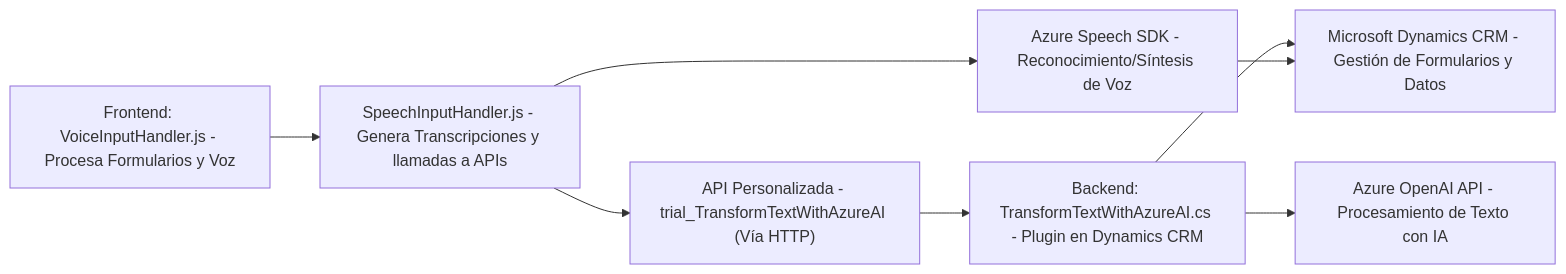
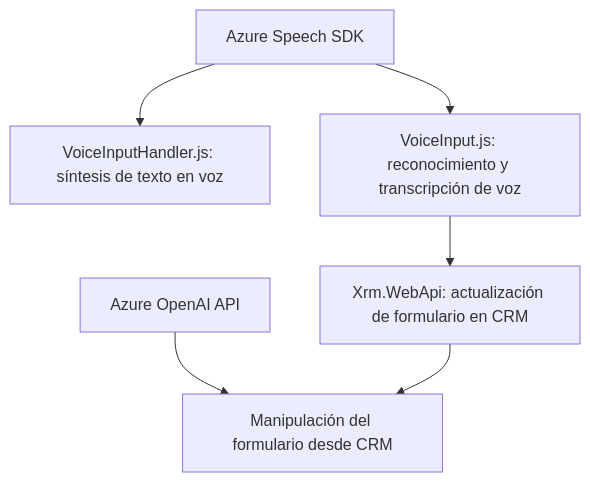
One commit to blopezdm/NETCORE_BILBAO2025 changed the diagram in README.md. Above: the diagram before and after it, drawn with Mermaid. The commit also changed other lines of this file, not shown here.

Commit message:
Actualizar análisis global de la solución con IA

````diff
--- a/README.md
+++ b/README.md
@@ -38,10 +38,8 @@
 ```mermaid
-graph LR
-A["Frontend: VoiceInputHandler.js - Procesa Formularios y Voz"] --> B["SpeechInputHandler.js - Genera Transcripciones y llamadas a APIs"]
-B --> C["Azure Speech SDK - Reconocimiento/Síntesis de Voz"]
-B --> D["API Personalizada - trial_TransformTextWithAzureAI (Vía HTTP)"]
-D --> E["Backend: TransformTextWithAzureAI.cs - Plugin en Dynamics CRM"]
-E --> F["Azure OpenAI API - Procesamiento de Texto con IA"]
-E --> G["Microsoft Dynamics CRM - Gestión de Formularios y Datos"]
-C --> G
+graph TD
+    A["Azure Speech SDK"] --> B["VoiceInputHandler.js: síntesis de texto en voz"]
+    A --> C["VoiceInput.js: reconocimiento y transcripción de voz"]
+    C --> D["Xrm.WebApi: actualización de formulario en CRM"]
+    E["Azure OpenAI API"] --> F["TransformTextWithAzureAI.cs: transformación avanzada de texto"]
+    D --> F["Manipulación del formulario desde CRM"]
 ```
````
